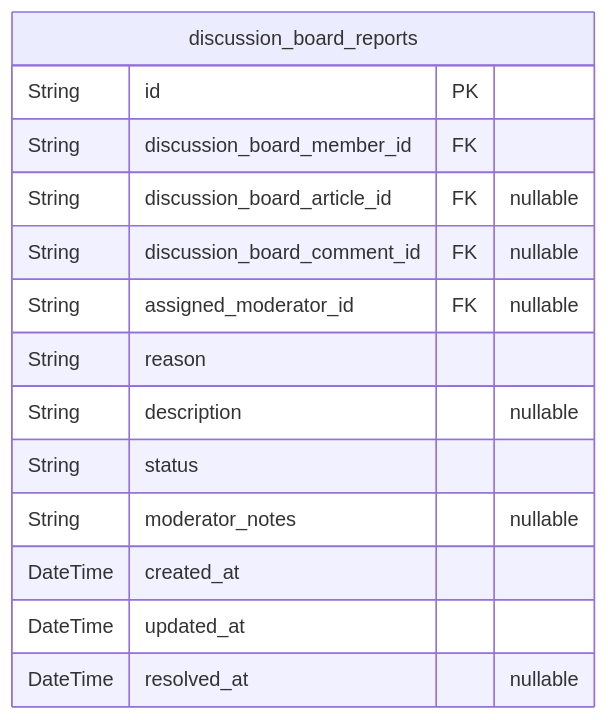
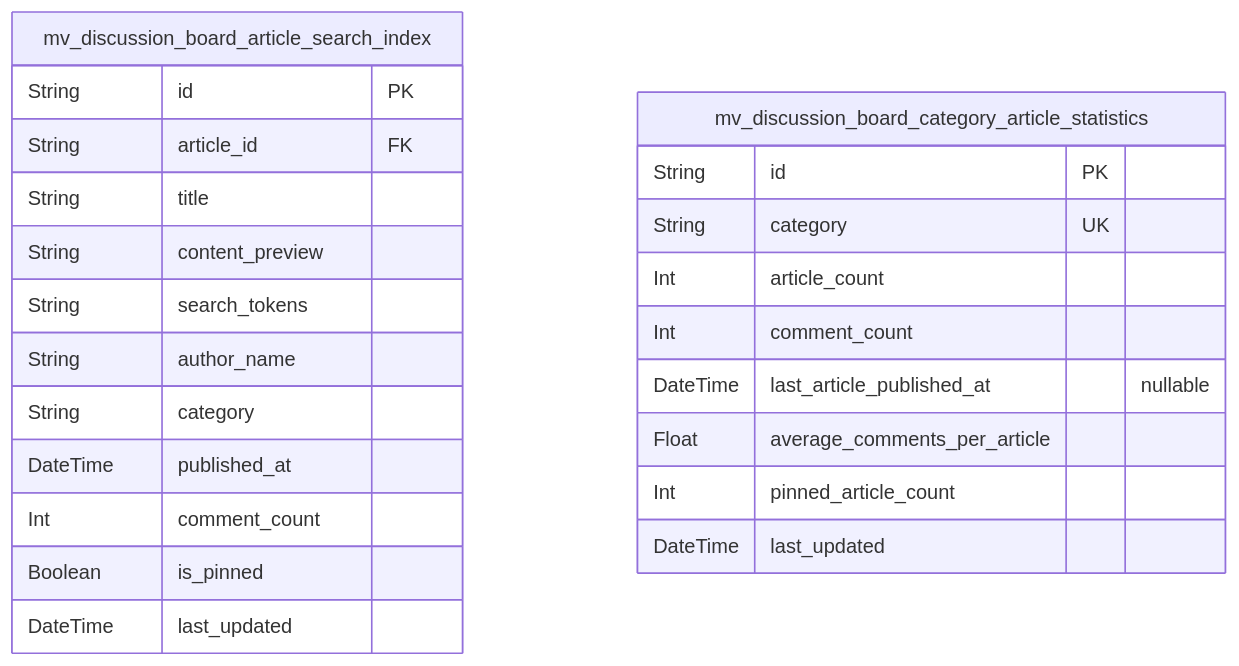
One commit to wrtnlabs/autobe-examples changed the sixth of 6 diagrams in anthropic/claude-haiku-4.5/bbs/docs/ERD.md. Above: the diagram before and after it, drawn with Mermaid. The commit also changed other lines of this file and 3569 other files, not shown here.

````diff
--- a/anthropic/claude-haiku-4.5/bbs/docs/ERD.md
+++ b/anthropic/claude-haiku-4.5/bbs/docs/ERD.md
@@ -981,17 +1372,26 @@
 ```mermaid
 erDiagram
-"discussion_board_reports" {
+"mv_discussion_board_article_search_index" {
   String id PK
-  String discussion_board_member_id FK
-  String discussion_board_article_id FK "nullable"
-  String discussion_board_comment_id FK "nullable"
-  String assigned_moderator_id FK "nullable"
-  String reason
-  String description "nullable"
-  String status
-  String moderator_notes "nullable"
-  DateTime created_at
-  DateTime updated_at
-  DateTime resolved_at "nullable"
+  String article_id FK
+  String title
+  String content_preview
+  String search_tokens
+  String author_name
+  String category
+  DateTime published_at
+  Int comment_count
+  Boolean is_pinned
+  DateTime last_updated
+}
+"mv_discussion_board_category_article_statistics" {
+  String id PK
+  String category UK
+  Int article_count
+  Int comment_count
+  DateTime last_article_published_at "nullable"
+  Float average_comments_per_article
+  Int pinned_article_count
+  DateTime last_updated
 }
 ```
````
